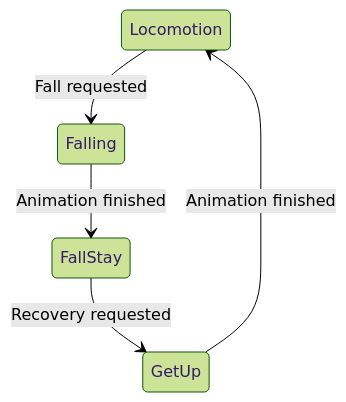
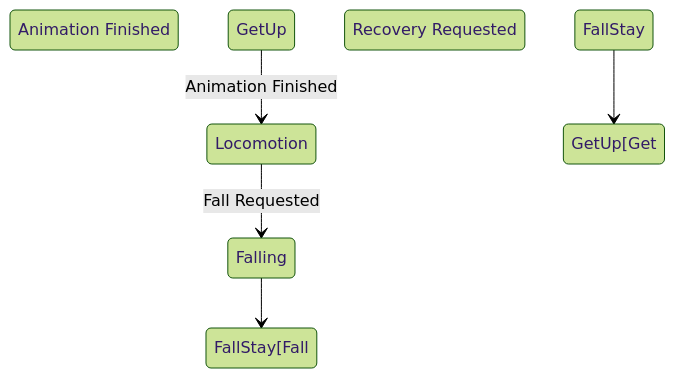
One commit to phillipeaam/gameplay-engineering-lab changed the second of 3 diagrams in Assets/Shared/RPG Tiny Hero Duo/Animator/README_ANIMATOR_ARCHITECTURE.md. Above: the diagram before and after it, drawn with Mermaid (forest theme). The commit also changed other lines of this file and 3 other files, not shown here.

````diff
--- a/Assets/Shared/RPG Tiny Hero Duo/Animator/README_ANIMATOR_ARCHITECTURE.md
+++ b/Assets/Shared/RPG Tiny Hero Duo/Animator/README_ANIMATOR_ARCHITECTURE.md
@@ -67,7 +67,7 @@
 ```mermaid
 stateDiagram-v2
-    Locomotion --> Falling: Fall requested
-    Falling --> FallStay: Animation finished
-    FallStay --> GetUp: Recovery requested
-    GetUp --> Locomotion: Animation finished
+    Locomotion --> Falling: Fall Requested
+    Falling --> FallStay[Fall Stay]: Animation Finished
+    FallStay --> GetUp[Get Up]: Recovery Requested
+    GetUp --> Locomotion: Animation Finished
 ```
````
